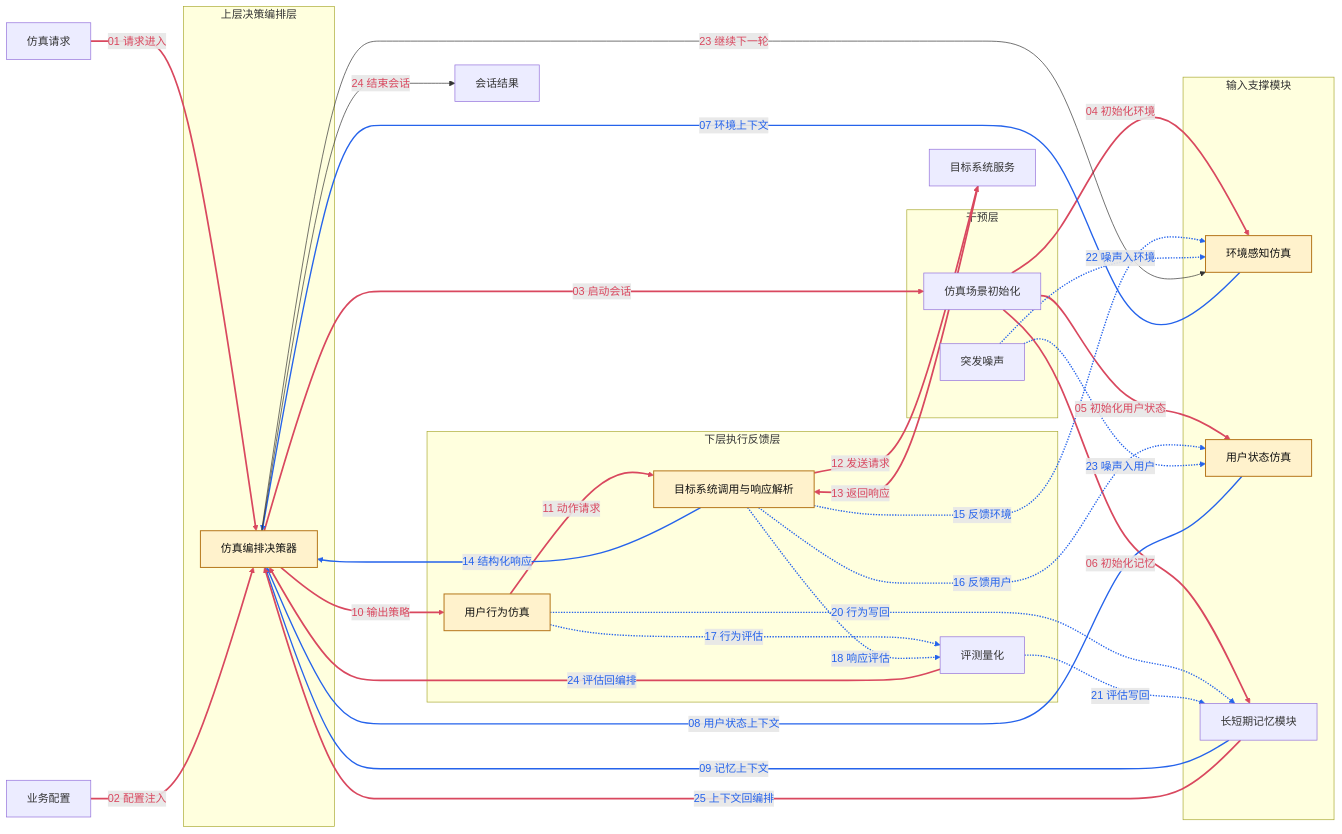
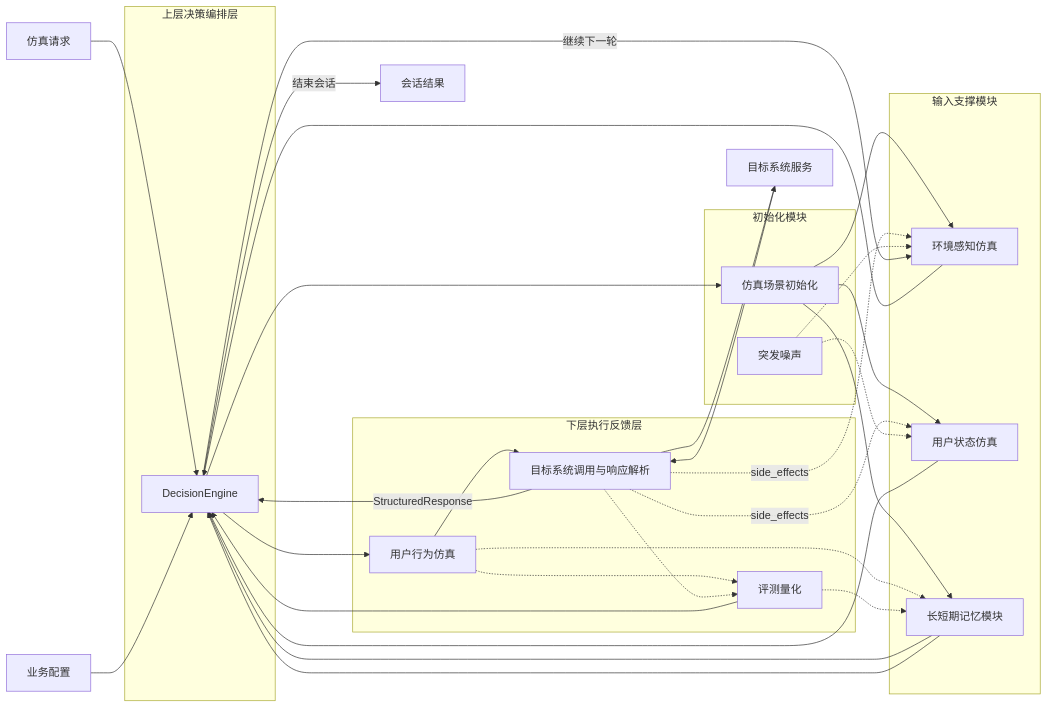
Before and after one commit to feuyeux/hello-olleh: the diagram in .kiro/specs/cabin-simulation-agent/requirements.md, drawn with Mermaid. The commit also changed other lines of this file and 2 other files, not shown here.

````diff
--- a/.kiro/specs/cabin-simulation-agent/requirements.md
+++ b/.kiro/specs/cabin-simulation-agent/requirements.md
@@ -26,71 +70,64 @@
 ```mermaid
 flowchart LR
     Request[仿真请求]
     BizConfig[业务配置]
-    Orchestrator[仿真编排决策器]
     Result[会话结果]
     TargetService[目标系统服务]
 
-    subgraph Layer1[干预层]
+    subgraph Layer1[初始化模块]
         SceneInit[仿真场景初始化]
         Noise[突发噪声]
     end
 
     subgraph Layer2[输入支撑模块]
         Env[环境感知仿真]
         UserState[用户状态仿真]
         Memory[长短期记忆模块]
     end
 
     subgraph Layer3[上层决策编排层]
-        Orchestrator
+        Orchestrator[DecisionEngine]
     end
 
     subgraph Layer4[下层执行反馈层]
         Behavior[用户行为仿真]
         ServiceCall[目标系统调用与响应解析]
         Eval[评测量化]
     end
 
-    Request -->|<span style='color:#d9485f'>01 请求进入</span>| Orchestrator
-    BizConfig -->|<span style='color:#d9485f'>02 配置注入</span>| Orchestrator
-    Orchestrator -->|<span style='color:#d9485f'>03 启动会话</span>| SceneInit
+    Request --> Orchestrator
+    BizConfig --> Orchestrator
+    Orchestrator --> SceneInit
 
-    SceneInit -->|<span style='color:#d9485f'>04 初始化环境</span>| Env
-    SceneInit -->|<span style='color:#d9485f'>05 初始化用户状态</span>| UserState
-    SceneInit -->|<span style='color:#d9485f'>06 初始化记忆</span>| Memory
+    SceneInit --> Env
+    SceneInit --> UserState
+    SceneInit --> Memory
 
-    Env -->|<span style='color:#2563eb'>07 环境上下文</span>| Orchestrator
-    UserState -->|<span style='color:#2563eb'>08 用户状态上下文</span>| Orchestrator
-    Memory -->|<span style='color:#2563eb'>09 记忆上下文</span>| Orchestrator
+    Env --> Orchestrator
+    UserState --> Orchestrator
+    Memory --> Orchestrator
 
-    Orchestrator -->|<span style='color:#d9485f'>10 输出策略</span>| Behavior
-    Behavior -->|<span style='color:#d9485f'>11 动作请求</span>| ServiceCall
+    Orchestrator --> Behavior
+    Behavior --> ServiceCall
+    ServiceCall --> TargetService
+    TargetService --> ServiceCall
+    ServiceCall -->|StructuredResponse| Orchestrator
 
-    ServiceCall -->|<span style='color:#d9485f'>12 发送请求</span>| TargetService
-    TargetService -->|<span style='color:#d9485f'>13 返回响应</span>| ServiceCall
-    ServiceCall -->|<span style='color:#2563eb'>14 结构化响应</span>| Orchestrator
+    ServiceCall -.->|side_effects| Env
+    ServiceCall -.->|side_effects| UserState
 
-    ServiceCall -.->|<span style='color:#2563eb'>15 反馈环境</span>| Env
-    ServiceCall -.->|<span style='color:#2563eb'>16 反馈用户</span>| UserState
+    Behavior -.-> Eval
+    ServiceCall -.-> Eval
 
-    Behavior -.->|<span style='color:#2563eb'>17 行为评估</span>| Eval
-    ServiceCall -.->|<span style='color:#2563eb'>18 响应评估</span>| Eval
+    Behavior -.-> Memory
+    Eval -.-> Memory
 
-    Behavior -.->|<span style='color:#2563eb'>20 行为写回</span>| Memory
-    Eval -.->|<span style='color:#2563eb'>21 评估写回</span>| Memory
+    Noise -.-> Env
+    Noise -.-> UserState
 
-    Noise -.->|<span style='color:#2563eb'>22 噪声入环境</span>| Env
-    Noise -.->|<span style='color:#2563eb'>23 噪声入用户</span>| UserState
+    Eval --> Orchestrator
+    Memory --> Orchestrator
 
-    Eval -->|<span style='color:#2563eb'>24 评估回编排</span>| Orchestrator
-    Memory -->|<span style='color:#2563eb'>25 上下文回编排</span>| Orchestrator
-
-    Orchestrator -->|<span style='color:#d9485f'>23 继续下一轮</span>| Env
-    Orchestrator -->|<span style='color:#d9485f'>24 结束会话</span>| Result
-
-    classDef llmNode fill:#fff2cc,stroke:#b7791f,stroke-width:1.5px,color:#111111;
-    class Orchestrator,Env,UserState,Behavior,ServiceCall llmNode;
-    linkStyle 0,1,2,3,4,5,9,10,11,12,22,23 stroke:#d9485f,stroke-width:2.5px;
-    linkStyle 6,7,8,13,14,15,16,17,18,19,20,21 stroke:#2563eb,stroke-width:2px;
+    Orchestrator -->|继续下一轮| Env
+    Orchestrator -->|结束会话| Result
 ```
````
